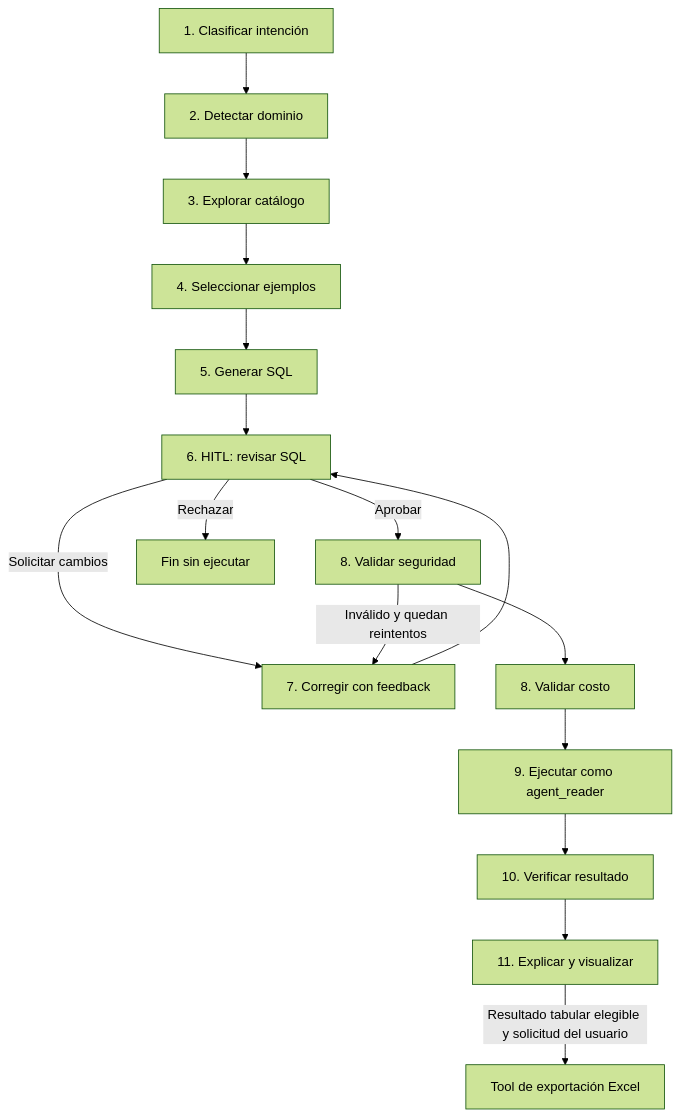
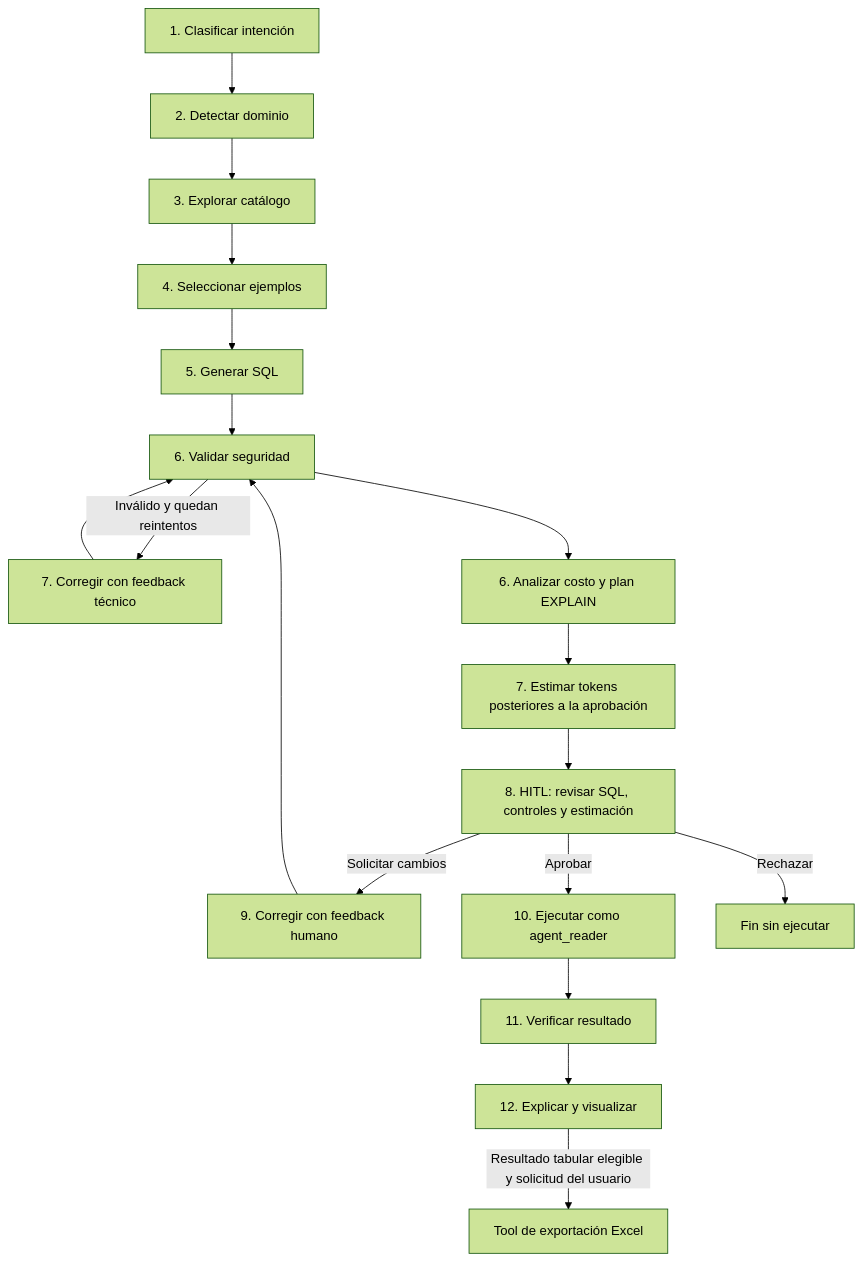
Before and after one commit to edgarrth/multiagente-sql-reporter: the second of 4 diagrams in README.md, drawn with Mermaid (forest theme). The commit also changed other lines of this file and 15 other files, not shown here.

````diff
--- a/README.md
+++ b/README.md
@@ -113,18 +117,20 @@
 ```mermaid
 flowchart TD
     A[1. Clasificar intención] --> B[2. Detectar dominio]
     B --> C[3. Explorar catálogo]
     C --> D[4. Seleccionar ejemplos]
     D --> E[5. Generar SQL]
-    E --> F[6. HITL: revisar SQL]
-    F -->|Solicitar cambios| G[7. Corregir con feedback]
-    G --> F
-    F -->|Aprobar| H[8. Validar seguridad]
-    H -->|Inválido y quedan reintentos| G
-    H --> I[8. Validar costo]
-    I --> J[9. Ejecutar como agent_reader]
-    J --> K[10. Verificar resultado]
-    K --> L[11. Explicar y visualizar]
+    E --> H[6. Validar seguridad]
+    H -->|Inválido y quedan reintentos| G[7. Corregir con feedback técnico]
+    G --> H
+    H --> I[6. Analizar costo y plan EXPLAIN]
+    I --> T[7. Estimar tokens posteriores a la aprobación]
+    T --> F[8. HITL: revisar SQL, controles y estimación]
+    F -->|Solicitar cambios| C2[9. Corregir con feedback humano]
+    C2 --> H
+    F -->|Aprobar| J[10. Ejecutar como agent_reader]
+    J --> K[11. Verificar resultado]
+    K --> L[12. Explicar y visualizar]
     L -->|Resultado tabular elegible y solicitud del usuario| X[Tool de exportación Excel]
     F -->|Rechazar| Z[Fin sin ejecutar]
 ```
````
